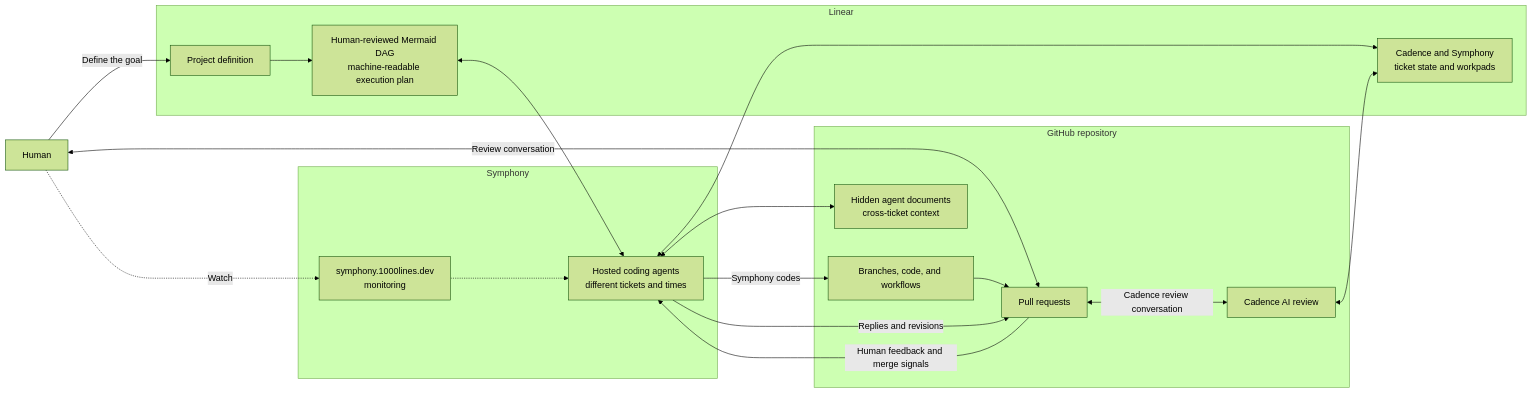
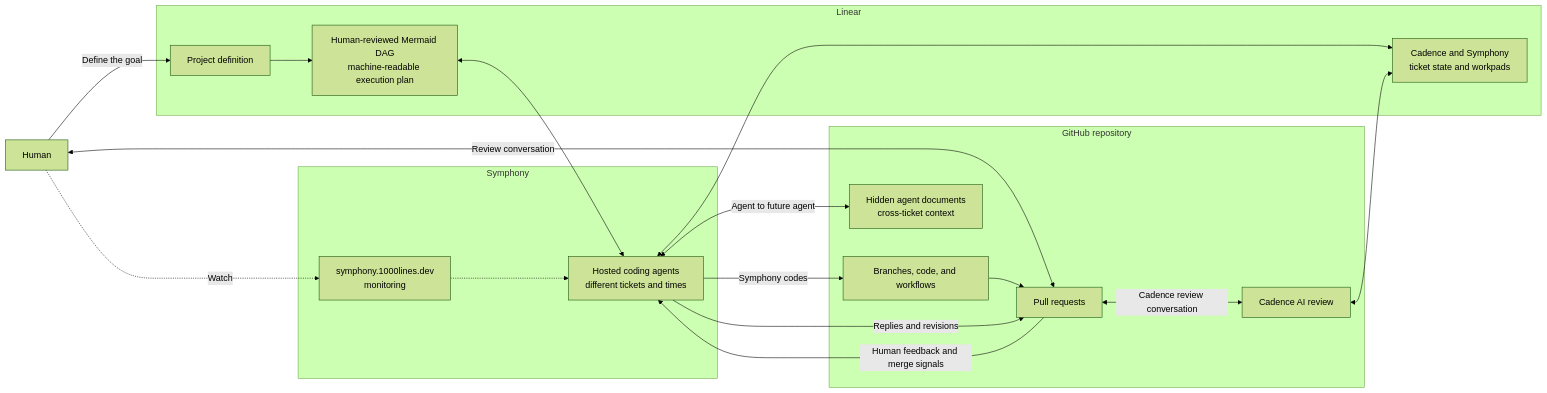
One commit to 1000lines/symphony-client-template changed the second of 2 diagrams in hackathon/README.md. Above: the diagram before and after it, drawn with Mermaid (forest theme).

Commit message:
Label cross-ticket agent context

````diff
--- a/hackathon/README.md
+++ b/hackathon/README.md
@@ -159,38 +159,38 @@
 ```mermaid
 flowchart LR
   HUMAN[Human]
 
   subgraph LINEAR[Linear]
     PROJECT[Project definition]
     DAG[Human-reviewed Mermaid DAG<br/>machine-readable execution plan]
     AGENTLINEAR[Cadence and Symphony<br/>ticket state and workpads]
   end
 
   subgraph SERVICE[Symphony]
     ORCHESTRATOR[Hosted coding agents<br/>different tickets and times]
     MONITOR[symphony.1000lines.dev<br/>monitoring]
   end
 
   subgraph GITHUB[GitHub repository]
     CODE[Branches, code, and workflows]
     HIDDEN[Hidden agent documents<br/>cross-ticket context]
     PR[Pull requests]
     CADENCE[Cadence AI review]
   end
 
   HUMAN -->|Define the goal| PROJECT
   HUMAN <-->|Review conversation| PR
   HUMAN -.->|Watch| MONITOR
 
   PROJECT --> DAG
   DAG <--> ORCHESTRATOR
   ORCHESTRATOR <--> AGENTLINEAR
   CADENCE <--> AGENTLINEAR
   MONITOR -.-> ORCHESTRATOR
-  ORCHESTRATOR <--> HIDDEN
+  ORCHESTRATOR <-->|Agent to future agent| HIDDEN
   ORCHESTRATOR -->|Symphony codes| CODE
   CODE --> PR
   ORCHESTRATOR -->|Replies and revisions| PR
   PR -->|Human feedback and merge signals| ORCHESTRATOR
   PR <-->|Cadence review conversation| CADENCE
 ```
````
